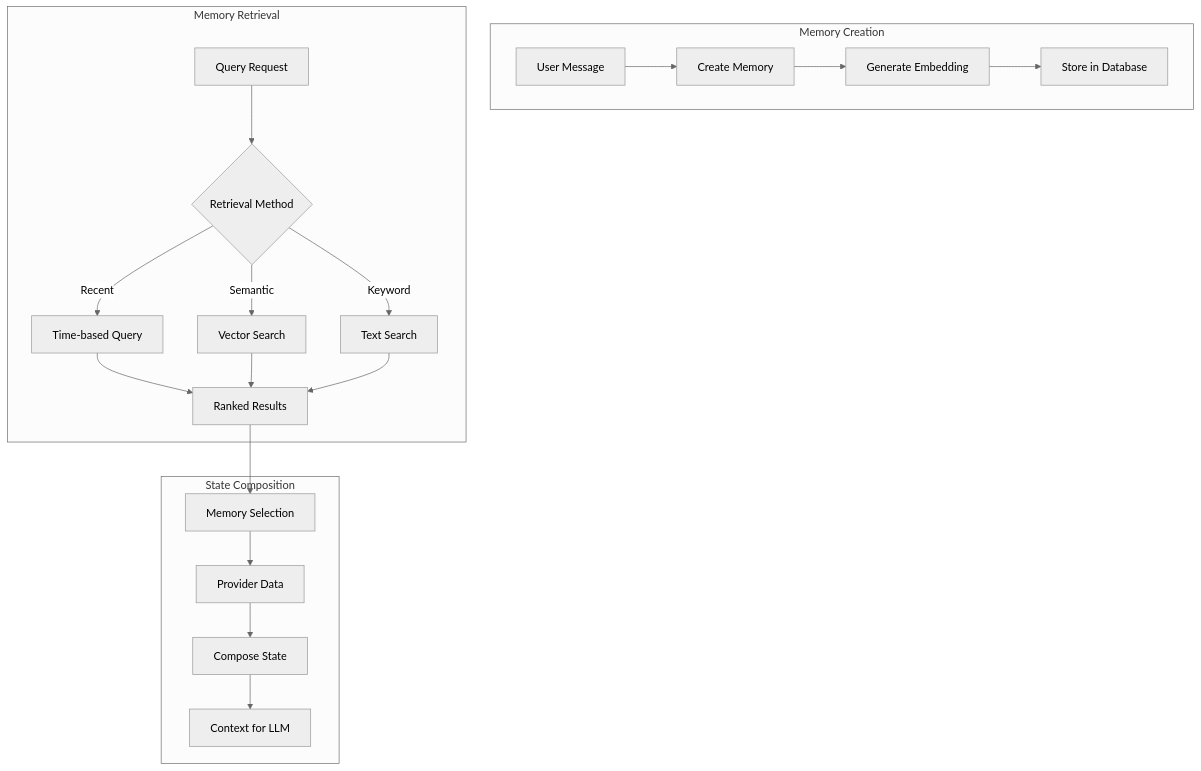
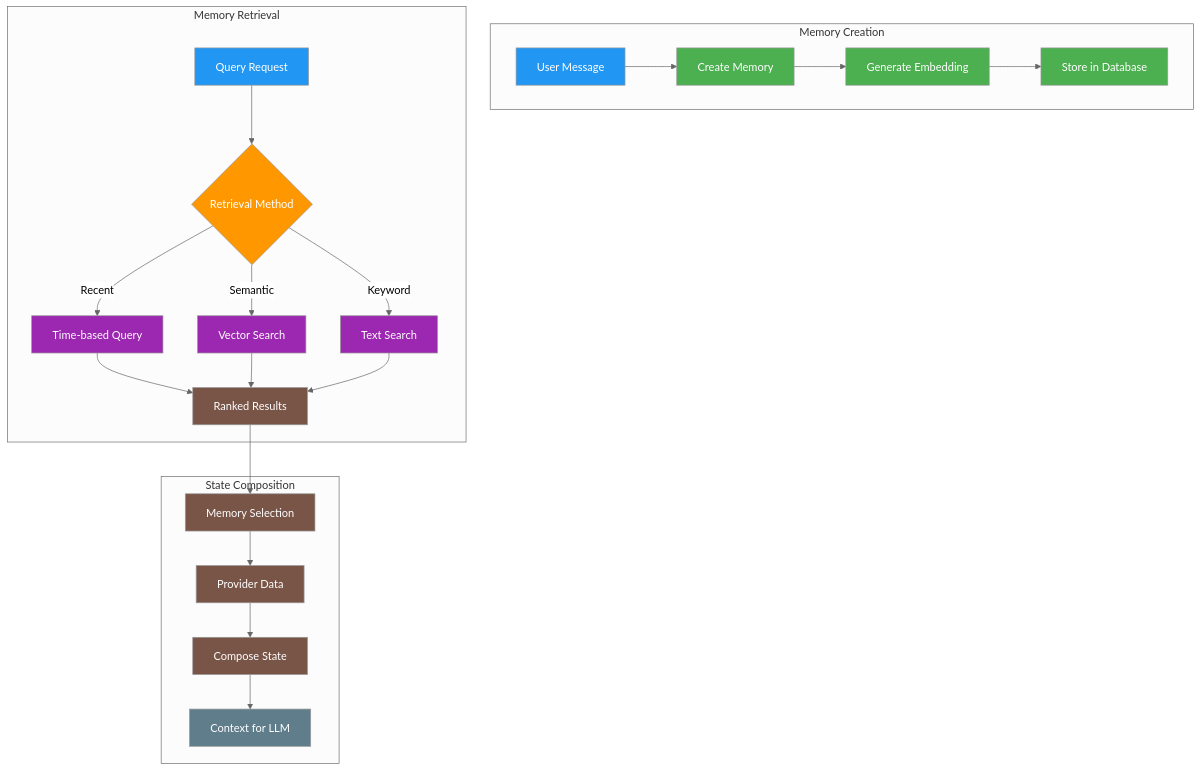
Before and after one commit to elizaOS/docs: the diagram in agents/memory-and-state.mdx, drawn with Mermaid (neutral theme). The commit also changed 10 other files, not shown here.

Commit message:
improve mermaids

````diff
--- a/agents/memory-and-state.mdx
+++ b/agents/memory-and-state.mdx
@@ -10,23 +10,37 @@
 ```mermaid
-graph TD
+flowchart TD
     subgraph "Memory Creation"
         A[User Message] --> B[Create Memory]
         B --> C[Generate Embedding]
         C --> D[Store in Database]
     end
     
     subgraph "Memory Retrieval"
         E[Query Request] --> F{Retrieval Method}
         F -->|Recent| G[Time-based Query]
         F -->|Semantic| H[Vector Search]
         F -->|Keyword| I[Text Search]
         G & H & I --> J[Ranked Results]
     end
     
     subgraph "State Composition"
         J --> K[Memory Selection]
         K --> L[Provider Data]
         L --> M[Compose State]
         M --> N[Context for LLM]
     end
+    
+    classDef input fill:#2196f3,color:#fff
+    classDef creation fill:#4caf50,color:#fff
+    classDef retrieval fill:#9c27b0,color:#fff
+    classDef decision fill:#ff9800,color:#fff
+    classDef composition fill:#795548,color:#fff
+    classDef output fill:#607d8b,color:#fff
+    
+    class A,E input
+    class B,C,D creation
+    class G,H,I retrieval
+    class F decision
+    class J,K,L,M composition
+    class N output
 ```
````
